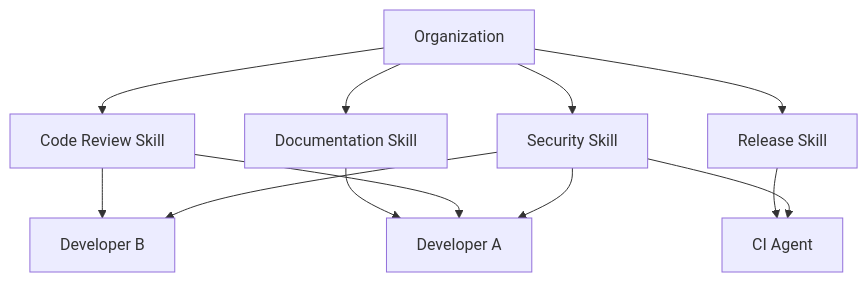
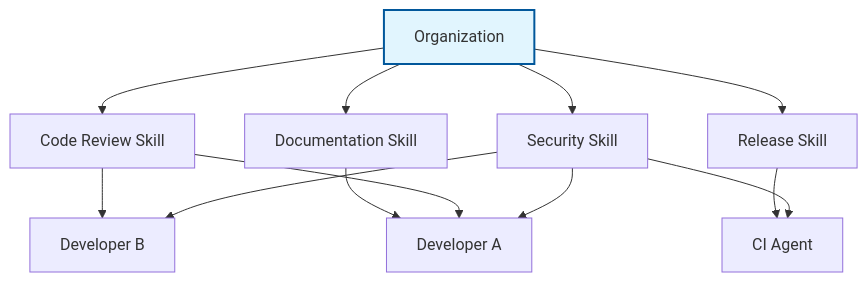
One commit to Amie-dev/FDE-and-GenAI-Mastery changed the fourth of 18 diagrams in Lecture 23 - Claude Skills/notes/04-distribution-sharing-and-api-integration.md. Above: the diagram before and after it, drawn with Mermaid. The commit also changed other lines of this file and 6 other files, not shown here.

````diff
--- a/Lecture 23 - Claude Skills/notes/04-distribution-sharing-and-api-integration.md
+++ b/Lecture 23 - Claude Skills/notes/04-distribution-sharing-and-api-integration.md
@@ -188,20 +189,21 @@
 ```mermaid
 flowchart TD
-
     ORG["Organization"]
 
     ORG --> S1["Security Skill"]
     ORG --> S2["Code Review Skill"]
     ORG --> S3["Release Skill"]
     ORG --> S4["Documentation Skill"]
 
     S1 --> T1["Developer A"]
     S1 --> T2["Developer B"]
     S1 --> T3["CI Agent"]
 
     S2 --> T1
     S2 --> T2
 
     S3 --> T3
     S4 --> T1
+
+    style ORG fill:#e1f5fe,stroke:#01579b,stroke-width:2px
 ```
````
